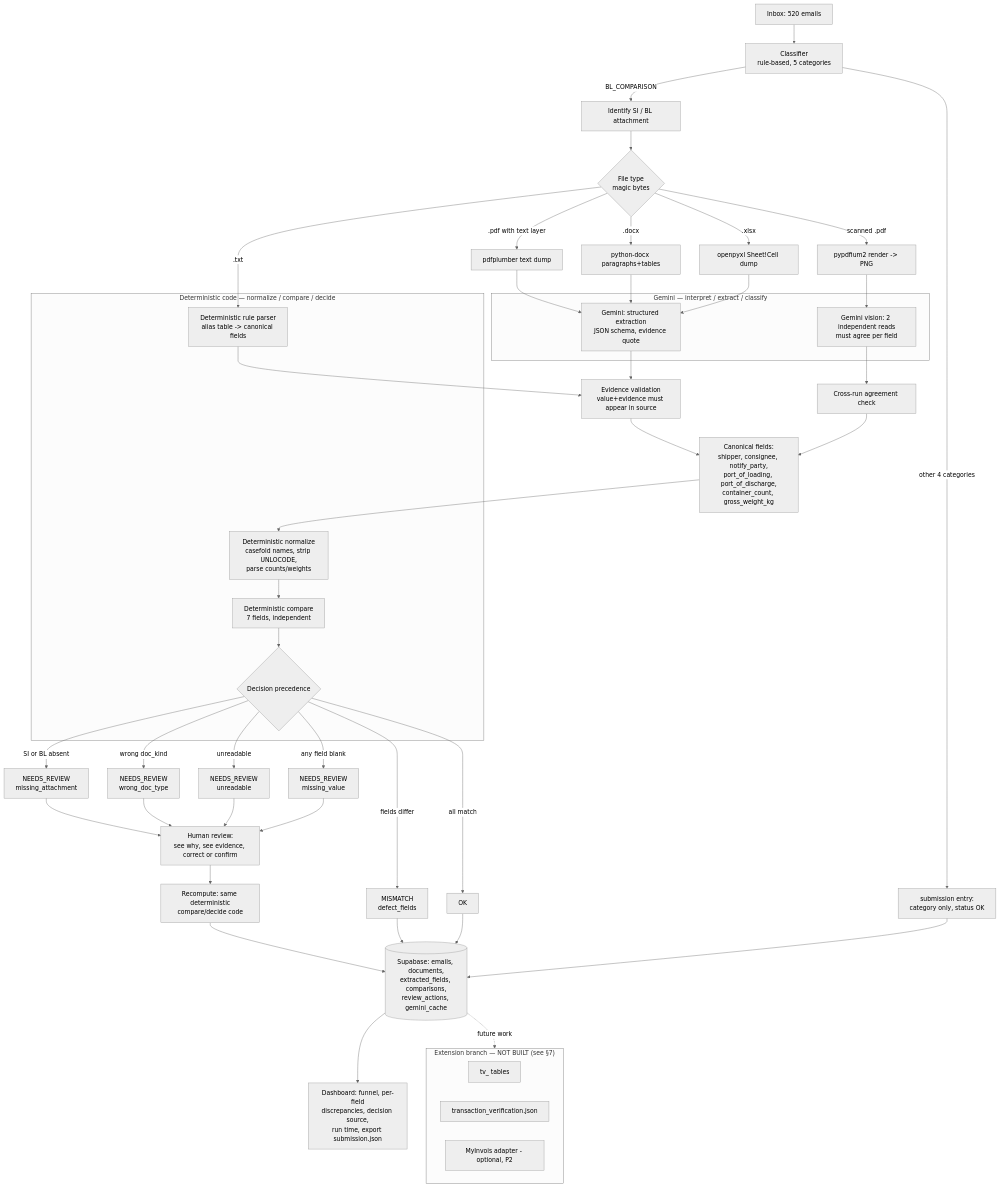
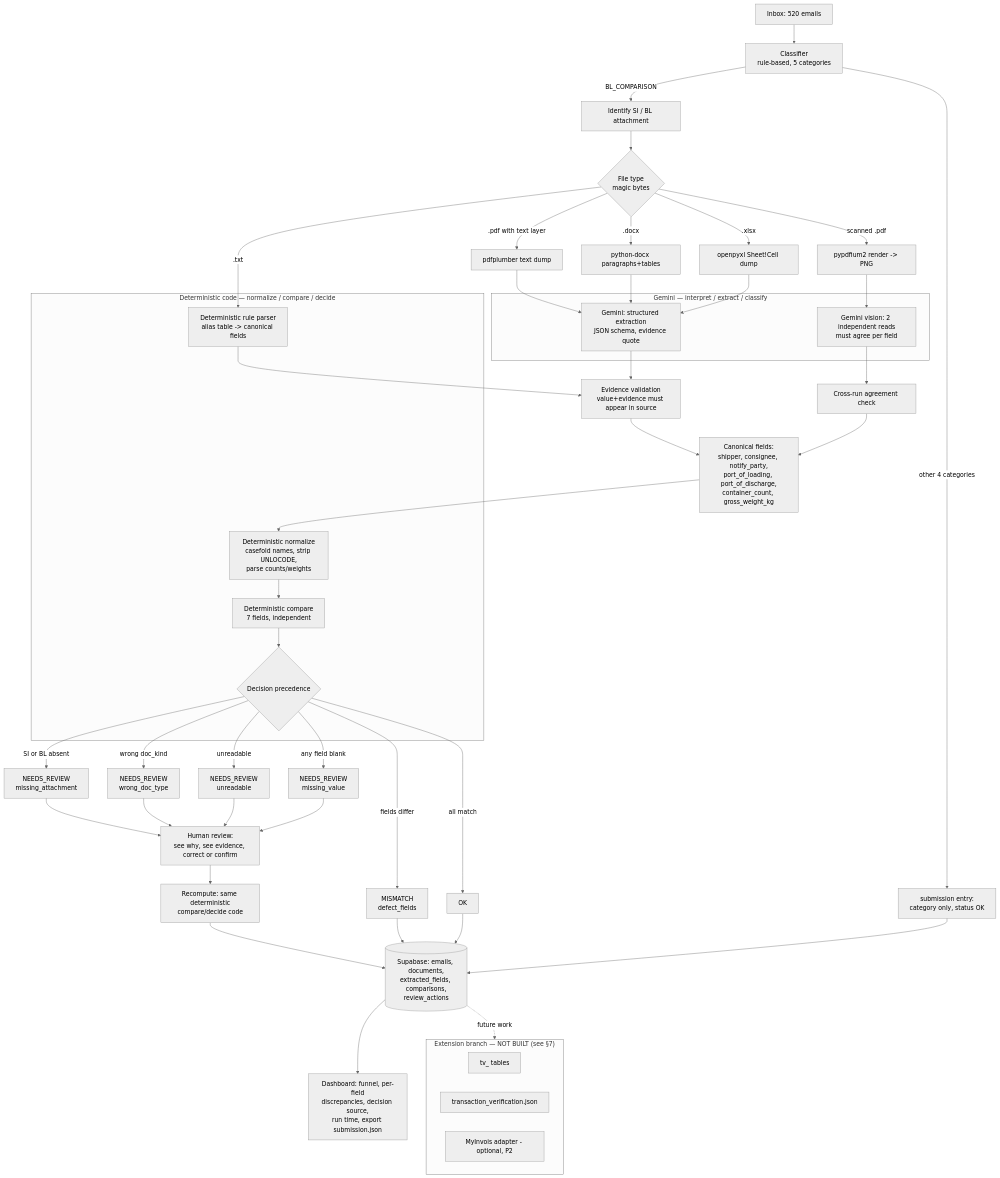
One commit to AmirunAzwarAzlin/Neural-Cargo-Routing changed the diagram in README.md. Above: the diagram before and after it, drawn with Mermaid (neutral theme). The commit also changed other lines of this file and 16 other files, not shown here.

````diff
--- a/README.md
+++ b/README.md
@@ -48,60 +48,60 @@
 ```mermaid
 flowchart TD
     A[Inbox: 520 emails] --> B[Classifier\nrule-based, 5 categories]
     B -->|BL_COMPARISON| C[Identify SI / BL attachment]
     B -->|other 4 categories| Z[submission entry:\ncategory only, status OK]
 
     C --> D{File type\nmagic bytes}
     D -->|.txt| E1[Deterministic rule parser\nalias table -> canonical fields]
     D -->|.pdf with text layer| E2[pdfplumber text dump]
     D -->|.docx| E3[python-docx paragraphs+tables]
     D -->|.xlsx| E4[openpyxl Sheet!Cell dump]
     D -->|scanned .pdf| E5[pypdfium2 render -> PNG]
 
     E2 --> G[Gemini: structured extraction\nJSON schema, evidence quote]
     E3 --> G
     E4 --> G
     E5 --> G2[Gemini vision: 2 independent reads\nmust agree per field]
 
     E1 --> H[Evidence validation\nvalue+evidence must appear in source]
     G --> H
     G2 --> H2[Cross-run agreement check]
 
     H --> I[Canonical fields:\nshipper, consignee, notify_party,\nport_of_loading, port_of_discharge,\ncontainer_count, gross_weight_kg]
     H2 --> I
 
     I --> J[Deterministic normalize\ncasefold names, strip UNLOCODE,\nparse counts/weights]
     J --> K[Deterministic compare\n7 fields, independent]
     K --> L{Decision precedence}
     L -->|SI or BL absent| M1[NEEDS_REVIEW\nmissing_attachment]
     L -->|wrong doc_kind| M2[NEEDS_REVIEW\nwrong_doc_type]
     L -->|unreadable| M3[NEEDS_REVIEW\nunreadable]
     L -->|any field blank| M4[NEEDS_REVIEW\nmissing_value]
     L -->|fields differ| M5[MISMATCH\ndefect_fields]
     L -->|all match| M6[OK]
 
     M1 & M2 & M3 & M4 --> N[Human review:\nsee why, see evidence, correct or confirm]
     N --> O[Recompute: same deterministic\ncompare/decide code]
-    O --> P[(Supabase: emails, documents,\nextracted_fields, comparisons,\nreview_actions, gemini_cache)]
+    O --> P[(Supabase: emails, documents,\nextracted_fields, comparisons,\nreview_actions)]
     M5 & M6 --> P
     Z --> P
     P --> Q[Dashboard: funnel, per-field\ndiscrepancies, decision source,\nrun time, export submission.json]
 
     subgraph Gemini["Gemini — interpret / extract / classify"]
     G
     G2
     end
     subgraph Rules["Deterministic code — normalize / compare / decide"]
     E1
     J
     K
     L
     end
 
     subgraph Ext["Extension branch — NOT BUILT (see §7)"]
     R1[tv_ tables]
     R2[transaction_verification.json]
     R3[MyInvois adapter - optional, P2]
     end
     P -.future work.-> Ext
 ```
````
